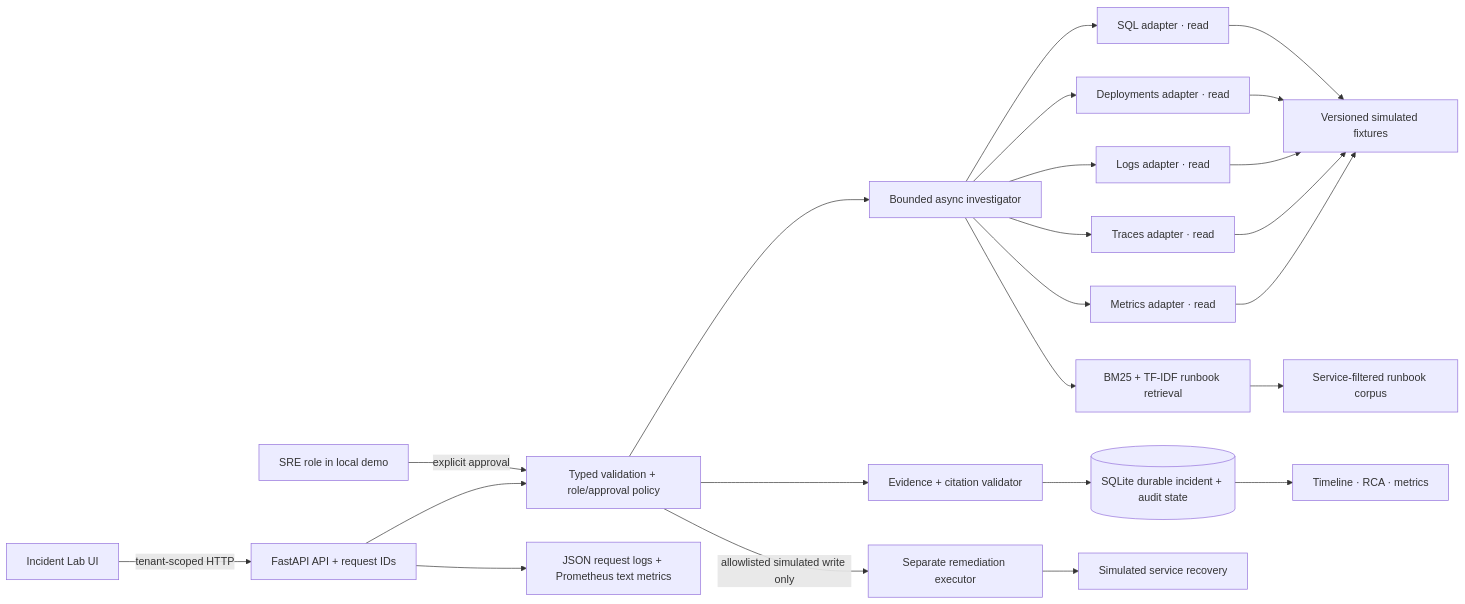
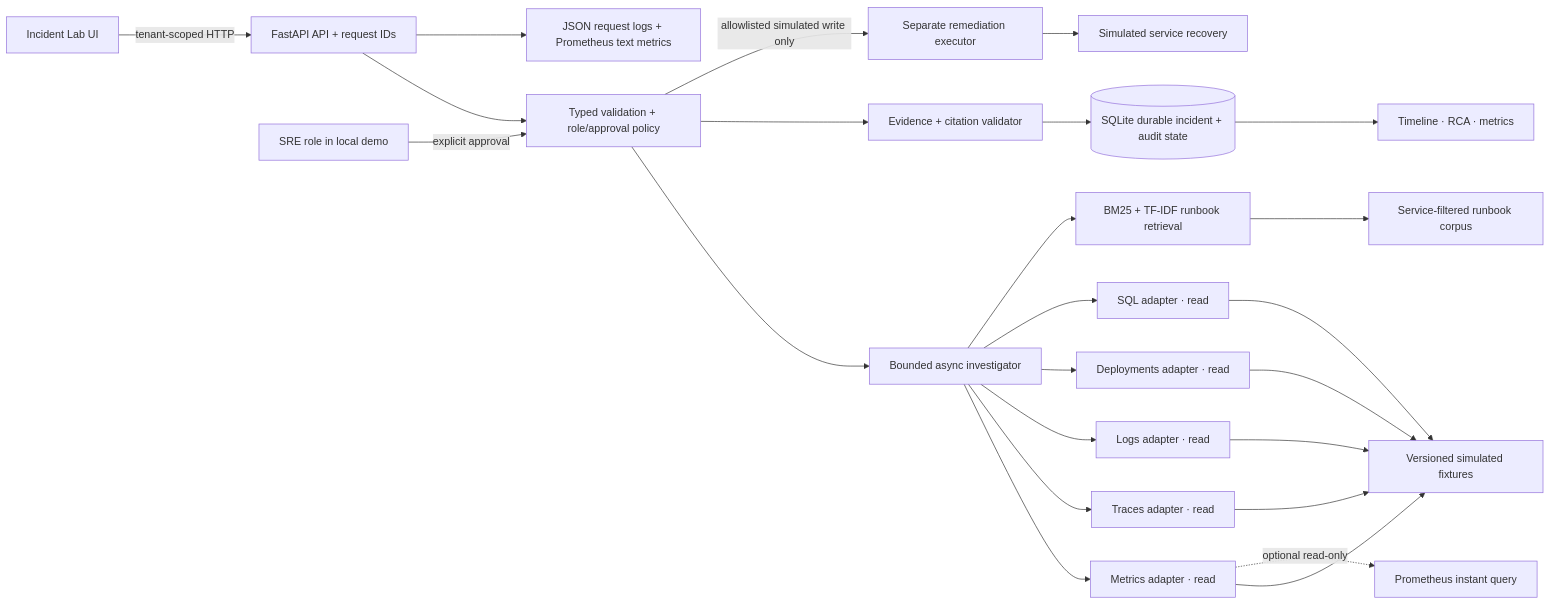
Before and after one commit to Jithendra-coder/sentinelgraph-incident-lab: the diagram in docs/architecture.md, drawn with Mermaid. The commit also changed other lines of this file and 19 other files, not shown here.

Commit message:
Add optional read-only Prometheus metrics

````diff
--- a/docs/architecture.md
+++ b/docs/architecture.md
@@ -3,25 +3,26 @@
 ```mermaid
 flowchart LR
   Browser[Incident Lab UI] -->|tenant-scoped HTTP| API[FastAPI API + request IDs]
   API --> Policy[Typed validation + role/approval policy]
   Policy --> Orchestrator[Bounded async investigator]
   Orchestrator --> Metrics[Metrics adapter · read]
   Orchestrator --> Traces[Traces adapter · read]
   Orchestrator --> Logs[Logs adapter · read]
   Orchestrator --> Deployments[Deployments adapter · read]
   Orchestrator --> SQL[SQL adapter · read]
   Orchestrator --> Retrieval[BM25 + TF-IDF runbook retrieval]
   Metrics --> Fixtures[Versioned simulated fixtures]
+  Metrics -. optional read-only .-> Prometheus[Prometheus instant query]
   Traces --> Fixtures
   Logs --> Fixtures
   Deployments --> Fixtures
   SQL --> Fixtures
   Retrieval --> Runbooks[Service-filtered runbook corpus]
   Policy --> Evidence[Evidence + citation validator]
   Evidence --> State[(SQLite durable incident + audit state)]
   State --> UIResult[Timeline · RCA · metrics]
   SRE[SRE role in local demo] -->|explicit approval| Policy
   Policy -->|allowlisted simulated write only| Executor[Separate remediation executor]
   Executor --> Simulator[Simulated service recovery]
   API --> Telemetry[JSON request logs + Prometheus text metrics]
 ```
````
